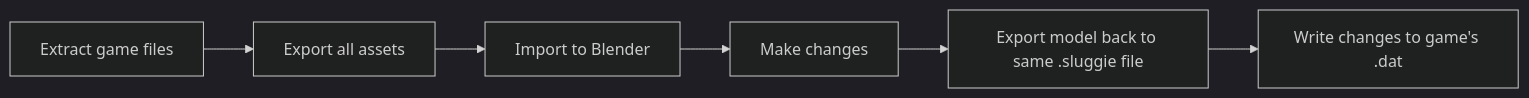
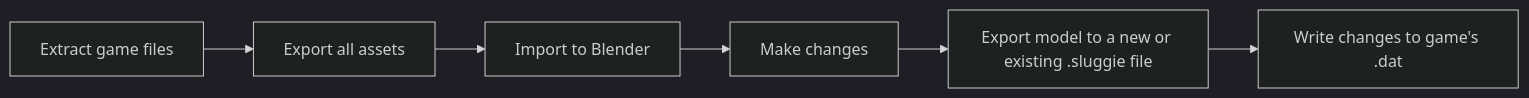
Before and after one commit to Jaws-git/Sluggies-dat-tools: the diagram in README.md, drawn with Mermaid (dark theme). The commit also changed other lines of this file and 10 other files, not shown here.

````diff
--- a/README.md
+++ b/README.md
@@ -50,8 +50,8 @@
 ```mermaid
 flowchart LR
     A[Extract game files] --> B[Export all assets]
     B --> C[Import to Blender]
     C --> D[Make changes]
-    D --> E[Export model back to same .sluggie file]
+    D --> E[Export model to a new or existing .sluggie file]
     E --> F[Write changes to game's .dat]
 ```
````
